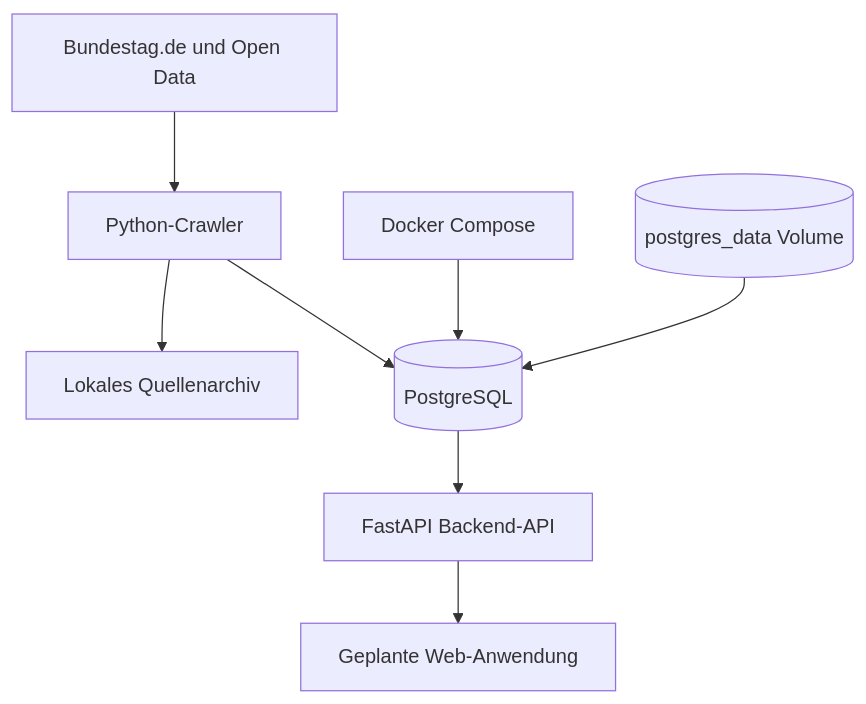
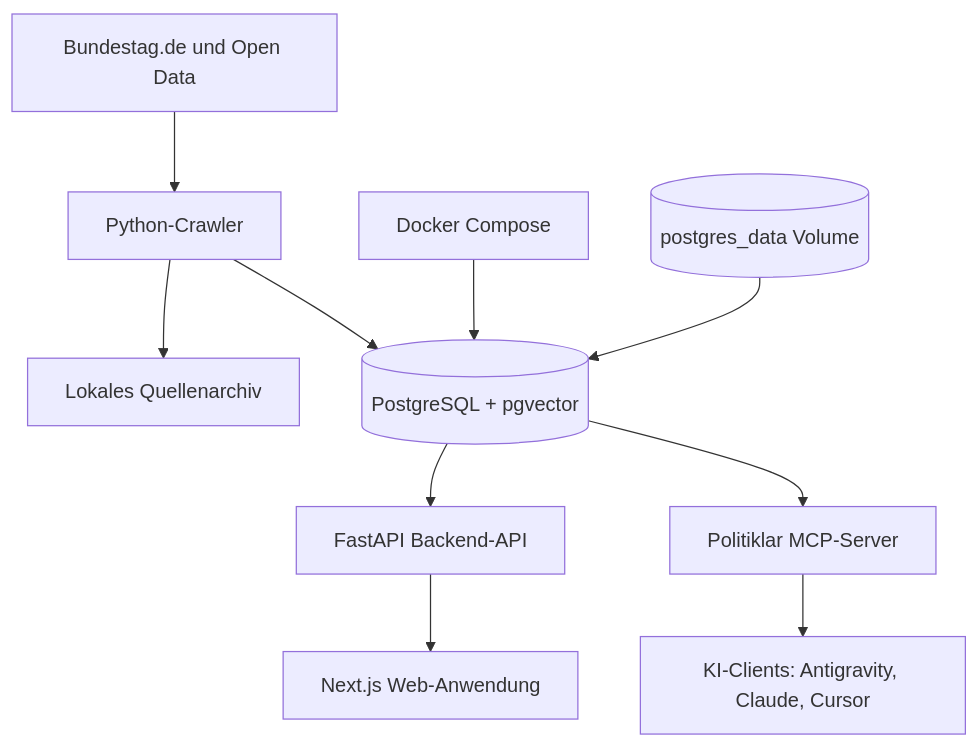
Before and after one commit to NormanPen/Politiklar: the diagram in docs/architecture.md, drawn with Mermaid. The commit also changed other lines of this file and 3 other files, not shown here.

Commit message:
docs: update architecture, technology stack, and documentation index with MCP server

````diff
--- a/docs/architecture.md
+++ b/docs/architecture.md
@@ -3,10 +3,12 @@
 ```mermaid
 flowchart TB
     Bundestag[Bundestag.de und Open Data] --> Crawler[Python-Crawler]
     Crawler --> Archive[Lokales Quellenarchiv]
-    Crawler --> Database[(PostgreSQL)]
+    Crawler --> Database[(PostgreSQL + pgvector)]
     Database --> API[FastAPI Backend-API]
-    API --> FutureWeb[Geplante Web-Anwendung]
+    Database --> MCP[Politiklar MCP-Server]
+    API --> Web[Next.js Web-Anwendung]
+    MCP --> Clients[KI-Clients: Antigravity, Claude, Cursor]
     Docker[Docker Compose] --> Database
     Volume[(postgres_data Volume)] --> Database
 ```
````
